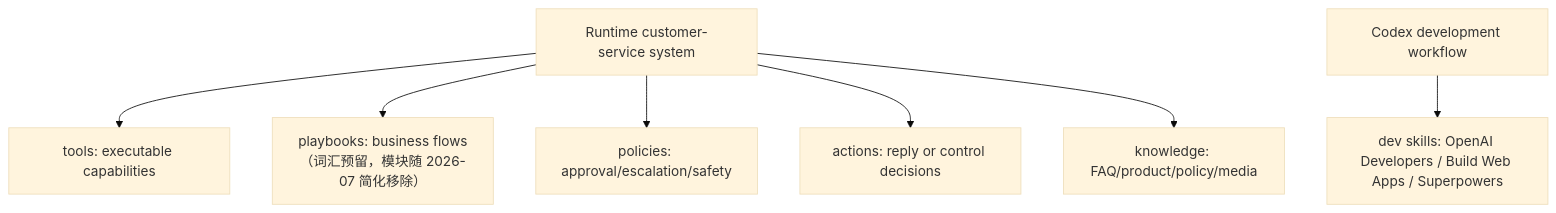
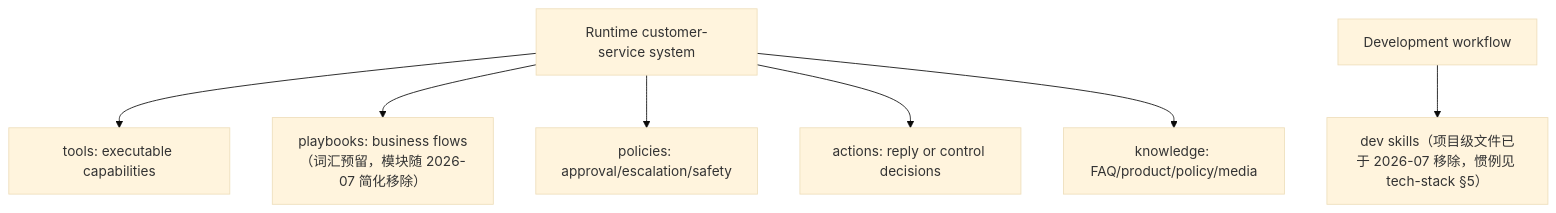
Before and after one commit to ImWenyaoT/chatty: the fifth of 6 diagrams in docs/loop-engineering-plan.md, drawn with Mermaid (base theme). The commit also changed other lines of this file and 3 other files, not shown here.

````diff
--- a/docs/loop-engineering-plan.md
+++ b/docs/loop-engineering-plan.md
@@ -226,9 +239,9 @@
 ```mermaid
 flowchart TD
   RUNTIME["Runtime customer-service system"] --> TOOLS["tools: executable capabilities"]
   RUNTIME --> PLAYBOOKS["playbooks: business flows（词汇预留，模块随 2026-07 简化移除）"]
   RUNTIME --> POLICIES["policies: approval/escalation/safety"]
   RUNTIME --> ACTIONS["actions: reply or control decisions"]
   RUNTIME --> KNOW["knowledge: FAQ/product/policy/media"]
-  DEV["Codex development workflow"] --> DEVSKILLS["dev skills: OpenAI Developers / Build Web Apps / Superpowers"]
+  DEV["Development workflow"] --> DEVSKILLS["dev skills（项目级文件已于 2026-07 移除，惯例见 tech-stack §5）"]
 ```
````
